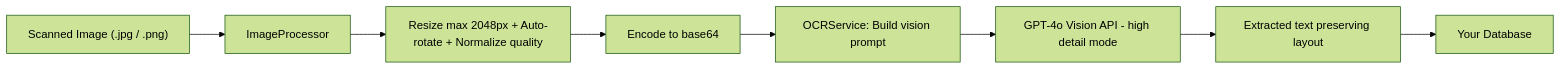
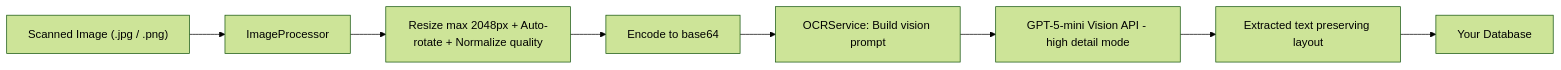
One commit to subhashladumor1/laravel-ai-docs changed the fourth of 6 diagrams in README.md. Above: the diagram before and after it, drawn with Mermaid (forest theme). The commit also changed other lines of this file and 1 other file, not shown here.

````diff
--- a/README.md
+++ b/README.md
@@ -253,10 +253,10 @@
 ```mermaid
 flowchart LR
     A["Scanned Image (.jpg / .png)"] --> B[ImageProcessor]
     B --> C[Resize max 2048px + Auto-rotate + Normalize quality]
     C --> D[Encode to base64]
     D --> E[OCRService: Build vision prompt]
-    E --> F[GPT-4o Vision API - high detail mode]
+    E --> F[GPT-5-mini Vision API - high detail mode]
     F --> G[Extracted text preserving layout]
     G --> H[Your Database]
 ```
````
